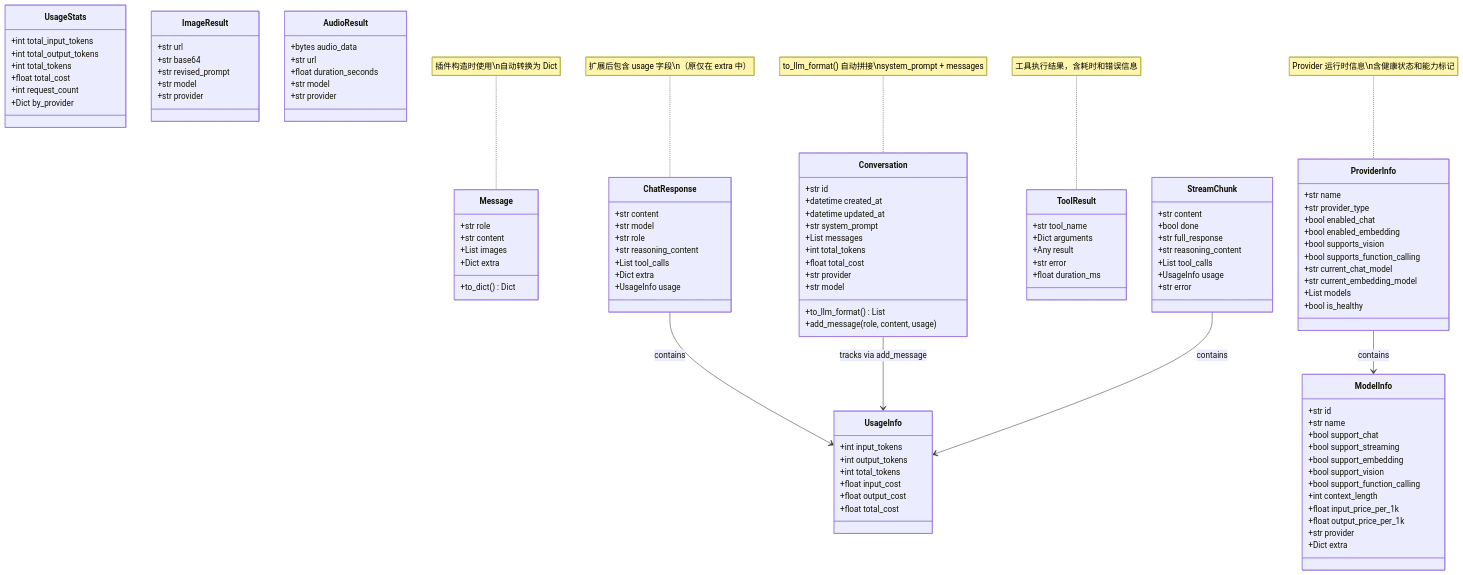
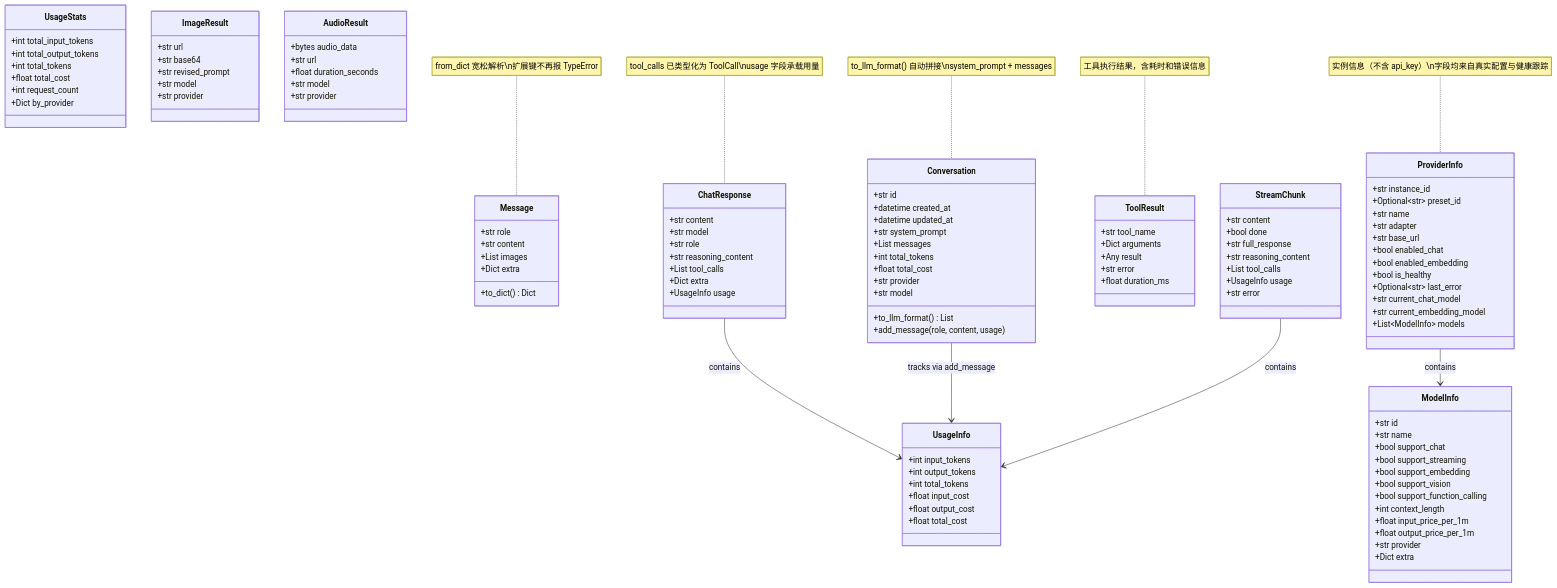
The first of 8 diagrams in docs/core/llm-provider/api-reference.md (KKPIP-Tech/InstructionX), drawn with Mermaid before and after one commit. The commit also changed other lines of this file and 12 other files, not shown here.

Commit message:
docs: 同步 LLM Provider v2 架构文档与 AGENTS.md：预设目录/实例化/适配器注册表/配置 schema v2/ILLMService 接口/UI 新包结构，清理 ILLMFacade 与旧文件残留引用

````diff
--- a/docs/core/llm-provider/api-reference.md
+++ b/docs/core/llm-provider/api-reference.md
@@ -402,16 +434,18 @@
     }
 
     class ProviderInfo {
+        +str instance_id
+        +Optional~str~ preset_id
         +str name
-        +str provider_type
+        +str adapter
+        +str base_url
         +bool enabled_chat
         +bool enabled_embedding
-        +bool supports_vision
-        +bool supports_function_calling
+        +bool is_healthy
+        +Optional~str~ last_error
         +str current_chat_model
         +str current_embedding_model
-        +List models
-        +bool is_healthy
+        +List~ModelInfo~ models
     }
 
     class ModelInfo {
@@ -423,8 +457,8 @@
         +bool support_vision
         +bool support_function_calling
         +int context_length
-        +float input_price_per_1k
-        +float output_price_per_1k
+        +float input_price_per_1m
+        +float output_price_per_1m
         +str provider
         +Dict extra
     }
@@ -435,9 +469,9 @@
     StreamChunk --> UsageInfo : contains
     ProviderInfo --> ModelInfo : contains
 
-    note for Message "插件构造时使用\n自动转换为 Dict"
-    note for ChatResponse "扩展后包含 usage 字段\n（原仅在 extra 中）"
+    note for Message "from_dict 宽松解析\n扩展键不再报 TypeError"
+    note for ChatResponse "tool_calls 已类型化为 ToolCall\nusage 字段承载用量"
     note for Conversation "to_llm_format() 自动拼接\nsystem_prompt + messages"
     note for ToolResult "工具执行结果，含耗时和错误信息"
-    note for ProviderInfo "Provider 运行时信息\n含健康状态和能力标记"
+    note for ProviderInfo "实例信息（不含 api_key）\n字段均来自真实配置与健康跟踪"
 ```
````
